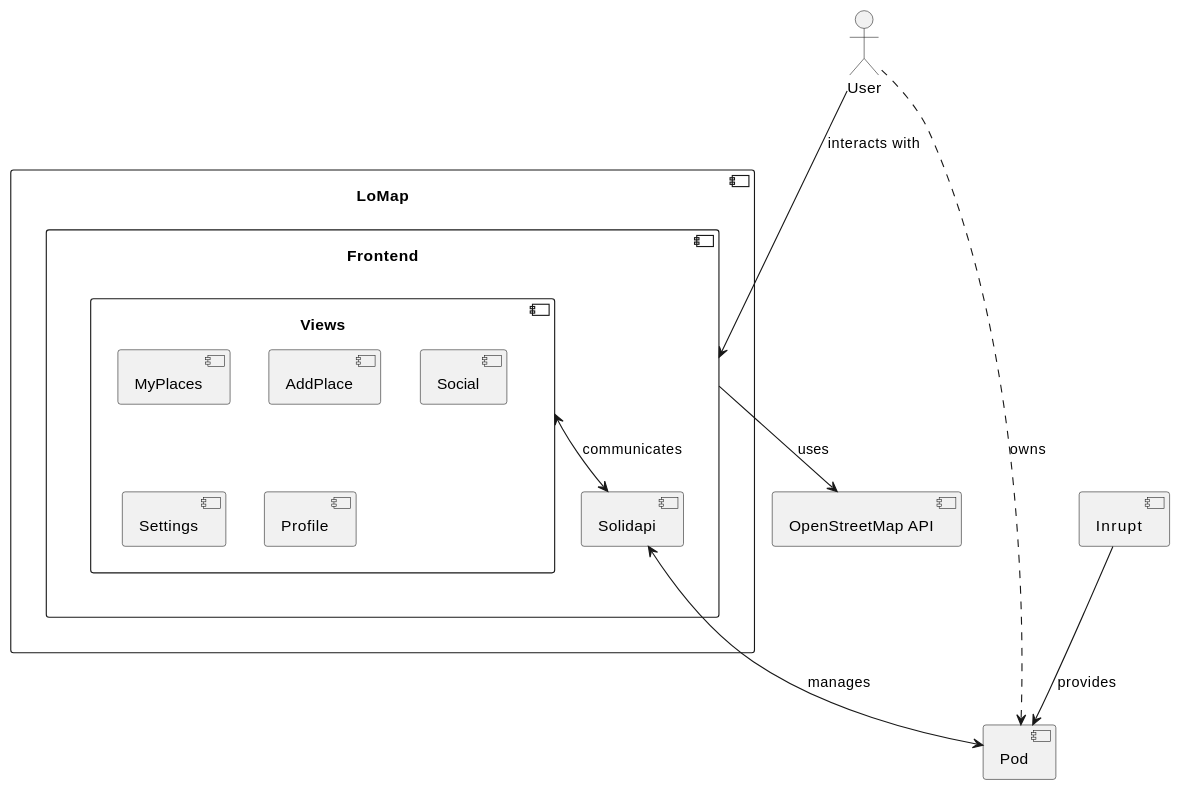
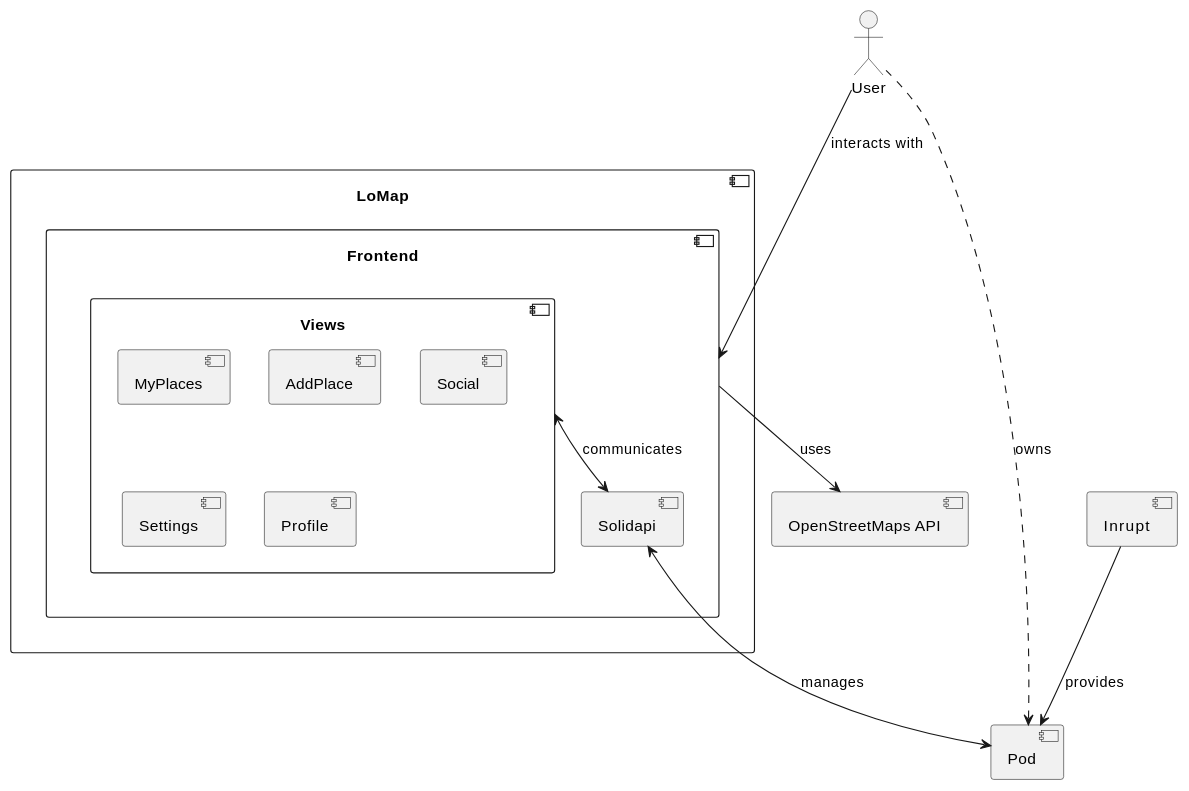
The second of 2 diagrams in docs/05_building_block_view.adoc (Arquisoft/lomap_es6b), drawn with PlantUML before and after one commit. The commit also changed other lines of this file and 3 other files, not shown here.

```diff
--- a/docs/05_building_block_view.adoc
+++ b/docs/05_building_block_view.adoc
@@ -53,30 +53,30 @@
 [plantuml, "level2", png]
 ----
 
 Actor User
 Component LoMap {
     Component Frontend{
     Component Views{
         Component MyPlaces
         Component AddPlace
         Component Social
         Component Settings
         Component Profile
     }
         Component Solidapi
     }
 
 }
 Component Inrupt
 Component Pod
-Component MapBox as "OpenStreetMap API"
+Component Leaflet as "OpenStreetMaps API"
 
 User --> Frontend: interacts with
 Inrupt--> Pod: provides
 
 User ..> Pod: owns
 Solidapi <--> Pod: manages
-Frontend--> MapBox: uses
+Frontend--> Leaflet: uses
 Views <--> Solidapi: communicates
 
 ----
```
